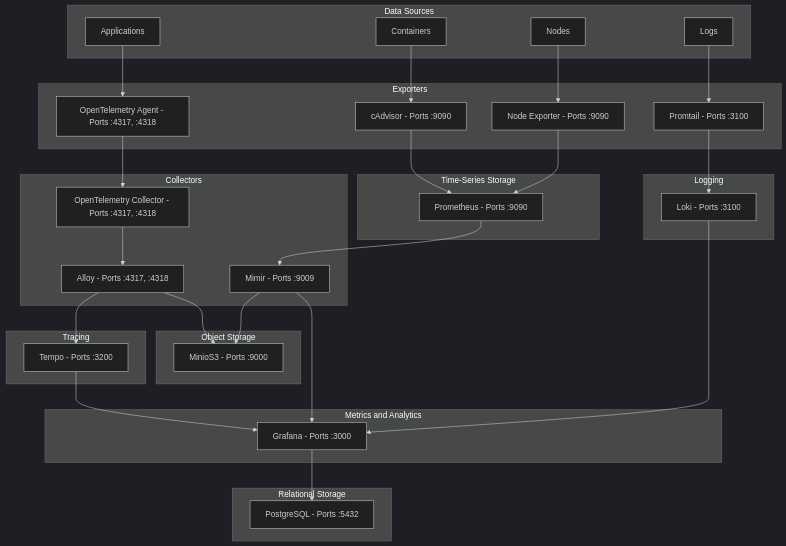
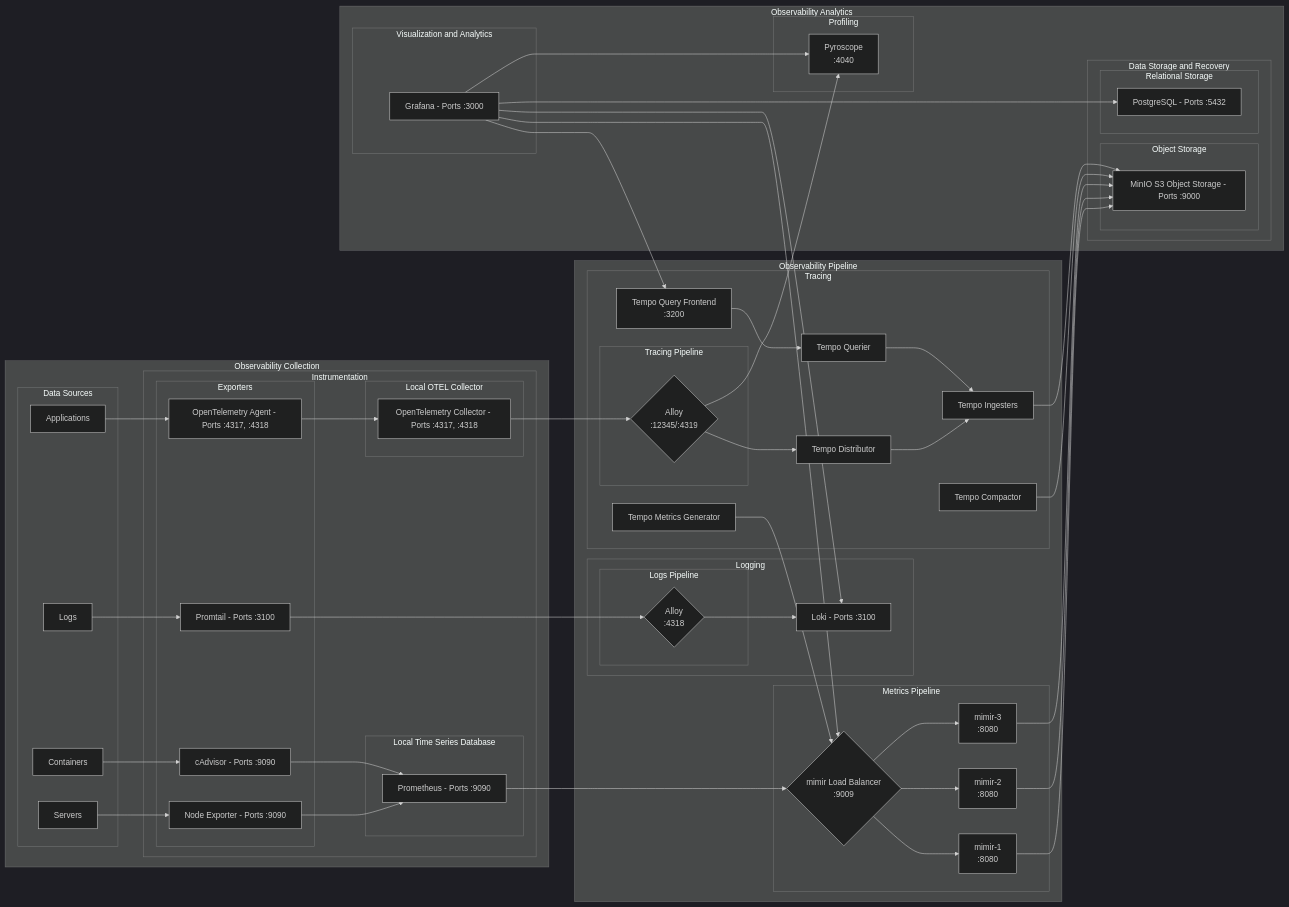
The diagram in README.md (uhstray-io/o11y), drawn with Mermaid (dark theme) before and after one commit. The commit also changed 1 other file, not shown here.

Commit message:
fixed tempo config, update diagram to showcase update architecture and dataflow

````diff
--- a/README.md
+++ b/README.md
@@ -6,71 +6,115 @@
 ```mermaid
-graph TD
-    subgraph Data Sources
-        apps[Applications]
-        containers[Containers]
-        nodes[Nodes]
-        logs[Logs]
+graph LR
+    %% Add direction controls to subgraphs
+    subgraph Observability Collection
+        subgraph Data Sources
+            apps[Applications]
+            containers[Containers]
+            servers[Servers]
+            logs[Logs]
+        end
+        
+        subgraph Instrumentation
+            subgraph Exporters
+                otel_agent[OpenTelemetry Agent - Ports :4317, :4318]
+                nodeexp[Node Exporter - Ports :9090]
+                cadvisor[cAdvisor - Ports :9090]
+                promtail[Promtail - Ports :3100]
+            end
+            subgraph Local OTEL Collector
+                otel_col[OpenTelemetry Collector - Ports :4317, :4318]
+            end
+            subgraph Local Time Series Database
+                prom[Prometheus - Ports :9090]
+            end
+        end
     end
     
-    subgraph Exporters
-        otel_agent[OpenTelemetry Agent - Ports :4317, :4318]
-        nodeexp[Node Exporter - Ports :9090]
-        cadvisor[cAdvisor - Ports :9090]
-        promtail[Promtail - Ports :3100]
+    subgraph Observability Pipeline
+
+        subgraph Logging
+            subgraph Logs Pipeline
+                alloy_logs{"Alloy<br>:4318"}
+            end
+            loki[Loki - Ports :3100]
+            
+        end
+        subgraph Tracing
+            subgraph Tracing Pipeline
+                alloy_trace{"Alloy<br>:12345/:4319"}
+            end
+            tempoDistributor["Tempo Distributor"]
+            tempoIngesters["Tempo Ingesters"]
+            tempoQuery["Tempo Query Frontend<br>:3200"]
+            tempoQuerier["Tempo Querier"]
+            tempoCompactor["Tempo Compactor"]
+            tempoMetricsGen["Tempo Metrics Generator"]
+        end
         
-    end
-    
-    subgraph Collectors
-        otel_col[OpenTelemetry Collector - Ports :4317, :4318]
-        alloy[Alloy - Ports :4317, :4318]
-        mimir[Mimir - Ports :9009]  
+        
+        subgraph Metrics Pipeline
+            mimirLB{"mimir Load Balancer<br>:9009"}
+            mimir1["mimir-1<br>:8080"]
+            mimir2["mimir-2<br>:8080"]
+            mimir3["mimir-3<br>:8080"]
+        end
     end
 
-    subgraph Object Storage
-        minio[MinioS3 - Ports :9000]
-    end
+    subgraph Observability Analytics
 
-    subgraph Time-Series Storage
-        prom[Prometheus - Ports :9090]
-    end
 
-    subgraph Relational Storage
-        postgres[PostgreSQL - Ports :5432]
-    end
+        subgraph Visualization and Analytics
+            grafana[Grafana - Ports :3000]
+        end
 
-    subgraph Tracing
-        tempo[Tempo - Ports :3200]
-    end
-    
-    subgraph Logging
-        loki[Loki - Ports :3100]
-    end
+        subgraph Profiling
+            pyroscope["Pyroscope<br>:4040"]
+        end
 
-    subgraph Metrics and Analytics
-        grafana[Grafana - Ports :3000]
+        subgraph Data Storage and Recovery
+            subgraph Object Storage
+            minio[MinIO S3 Object Storage - Ports :9000]
+            end
+            subgraph Relational Storage
+                postgres[PostgreSQL - Ports :5432]
+            end
+        end
     end
     
     %% Data flow connections
     apps --> otel_agent
     containers --> cadvisor
-    nodes --> nodeexp
+    servers --> nodeexp
     logs --> promtail
     
     otel_agent --> otel_col
     nodeexp --> prom
     cadvisor --> prom
+    tempoMetricsGen --> mimirLB
+    promtail --> alloy_logs
 
-    otel_col --> alloy
-    prom --> mimir
-    alloy --> tempo
-    alloy --> minio
-    mimir --> minio
+    otel_col --> alloy_trace
+    prom --> mimirLB
+    alloy_logs --> loki
+    alloy_trace --> tempoDistributor
+    alloy_trace --> pyroscope
+    mimirLB --> mimir1
+    mimirLB --> mimir2
+    mimirLB --> mimir3
+    mimir1 --> minio
+    mimir2 --> minio
+    mimir3 --> minio
     
-    promtail --> loki
+    
+    tempoDistributor --> tempoIngesters
+    tempoQuery --> tempoQuerier
+    tempoQuerier --> tempoIngesters
+    tempoCompactor --> minio
+    tempoIngesters --> minio
 
-    mimir --> grafana
-    loki --> grafana
-    tempo --> grafana
-
+    grafana --> mimirLB
+    grafana --> loki
+    grafana --> tempoQuery
+    grafana --> pyroscope
     grafana --> postgres
 ```
````
